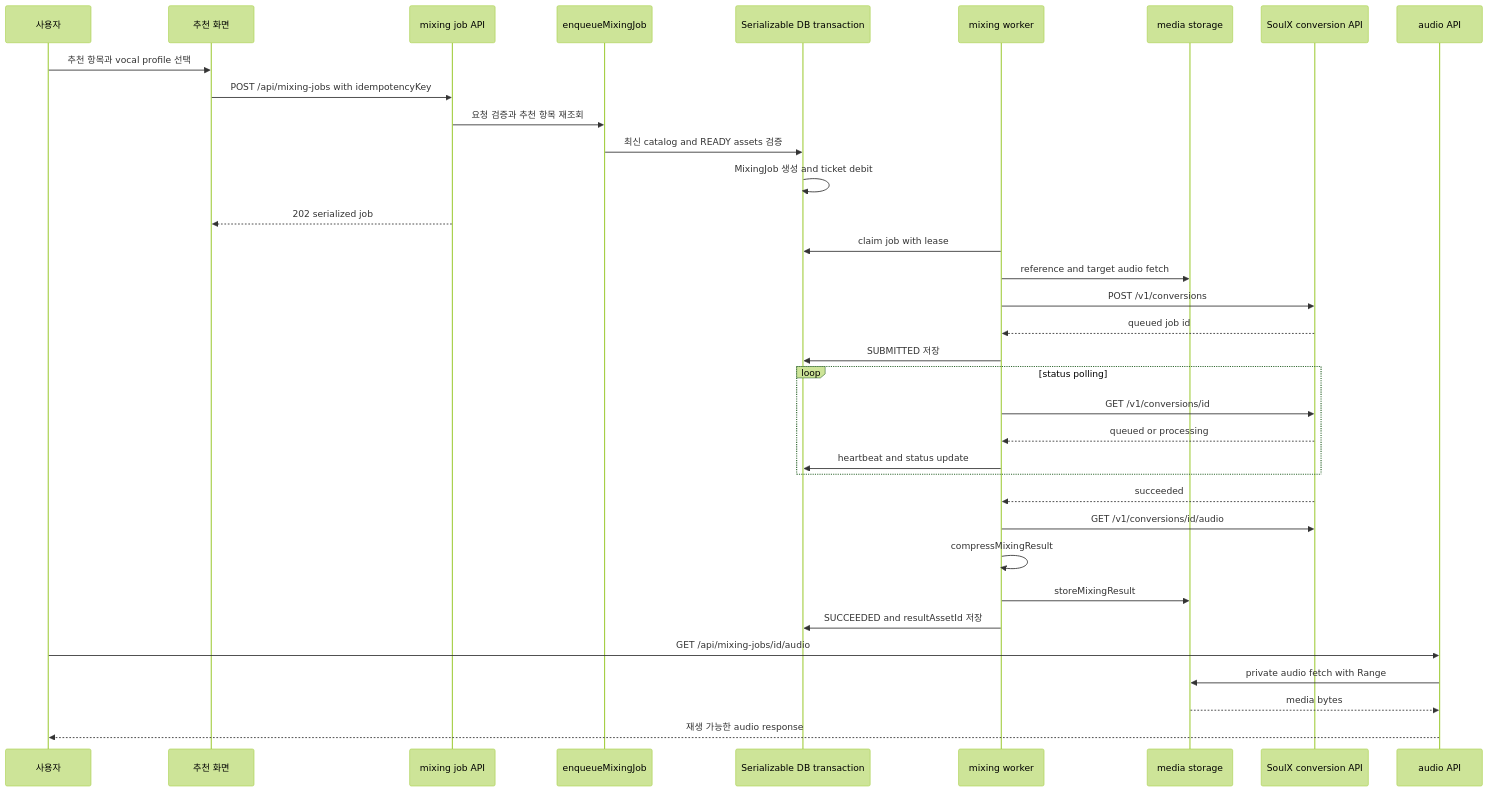
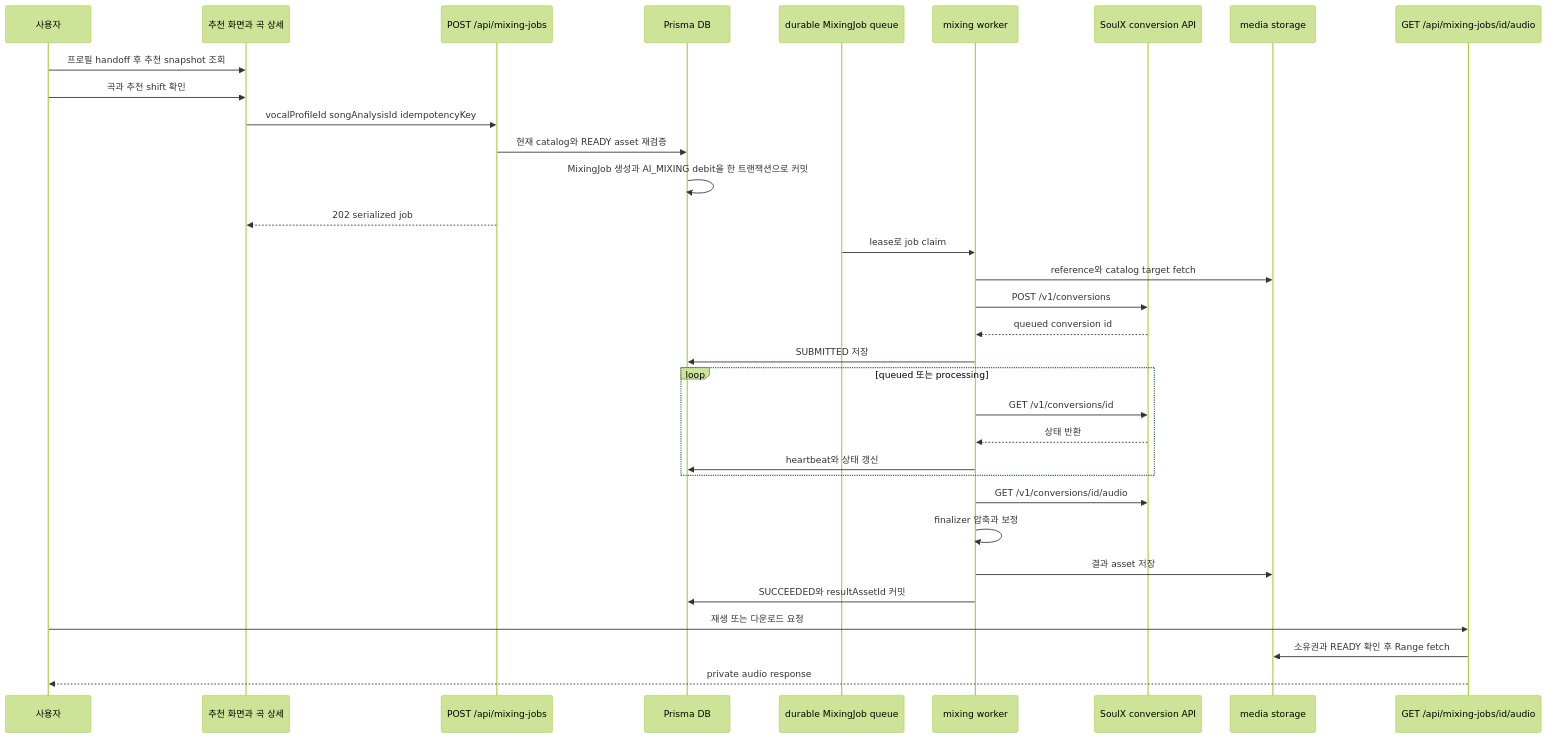
Before and after one commit to leey00nsu/copy-singer: the diagram in openwiki/workflows/recommendation-to-mixing.md, drawn with Mermaid (forest theme). The commit also changed other lines of this file and 40 other files, not shown here.

````diff
--- a/openwiki/workflows/recommendation-to-mixing.md
+++ b/openwiki/workflows/recommendation-to-mixing.md
@@ -49,38 +57,36 @@
 ```mermaid
 sequenceDiagram
     participant User as 사용자
-    participant Screen as 추천 화면
-    participant API as mixing job API
-    participant Queue as enqueueMixingJob
-    participant DB as Serializable DB transaction
+    participant Recommendation as 추천 화면과 곡 상세
+    participant API as POST /api/mixing-jobs
+    participant DB as Prisma DB
+    participant Queue as durable MixingJob queue
     participant Worker as mixing worker
+    participant SoulX as SoulX conversion API
     participant Storage as media storage
-    participant SoulX as SoulX conversion API
-    participant Audio as audio API
+    participant Audio as GET /api/mixing-jobs/id/audio
 
-    User->>Screen: 추천 항목과 vocal profile 선택
-    Screen->>API: POST /api/mixing-jobs with idempotencyKey
-    API->>Queue: 요청 검증과 추천 항목 재조회
-    Queue->>DB: 최신 catalog and READY assets 검증
-    DB->>DB: MixingJob 생성 and ticket debit
-    API-->>Screen: 202 serialized job
-    Worker->>DB: claim job with lease
-    Worker->>Storage: reference and target audio fetch
+    User->>Recommendation: 프로필 handoff 후 추천 snapshot 조회
+    User->>Recommendation: 곡과 추천 shift 확인
+    Recommendation->>API: vocalProfileId songAnalysisId idempotencyKey
+    API->>DB: 현재 catalog와 READY asset 재검증
+    DB->>DB: MixingJob 생성과 AI_MIXING debit을 한 트랜잭션으로 커밋
+    API-->>Recommendation: 202 serialized job
+    Queue->>Worker: lease로 job claim
+    Worker->>Storage: reference와 catalog target fetch
     Worker->>SoulX: POST /v1/conversions
-    SoulX-->>Worker: queued job id
+    SoulX-->>Worker: queued conversion id
     Worker->>DB: SUBMITTED 저장
-    loop status polling
+    loop queued 또는 processing
         Worker->>SoulX: GET /v1/conversions/id
-        SoulX-->>Worker: queued or processing
-        Worker->>DB: heartbeat and status update
+        SoulX-->>Worker: 상태 반환
+        Worker->>DB: heartbeat와 상태 갱신
     end
-    SoulX-->>Worker: succeeded
     Worker->>SoulX: GET /v1/conversions/id/audio
-    Worker->>Worker: compressMixingResult
-    Worker->>Storage: storeMixingResult
-    Worker->>DB: SUCCEEDED and resultAssetId 저장
-    User->>Audio: GET /api/mixing-jobs/id/audio
-    Audio->>Storage: private audio fetch with Range
-    Storage-->>Audio: media bytes
-    Audio-->>User: 재생 가능한 audio response
+    Worker->>Worker: finalizer 압축과 보정
+    Worker->>Storage: 결과 asset 저장
+    Worker->>DB: SUCCEEDED와 resultAssetId 커밋
+    User->>Audio: 재생 또는 다운로드 요청
+    Audio->>Storage: 소유권과 READY 확인 후 Range fetch
+    Audio-->>User: private audio response
 ```
````
